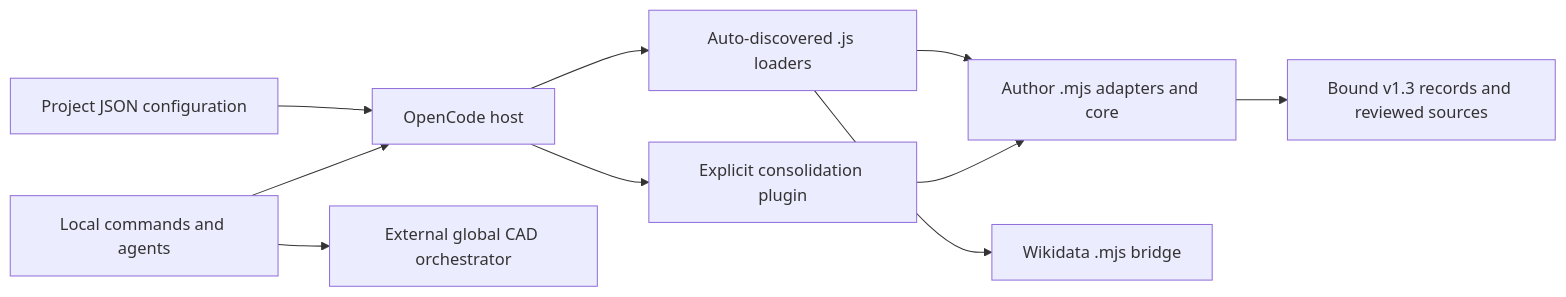
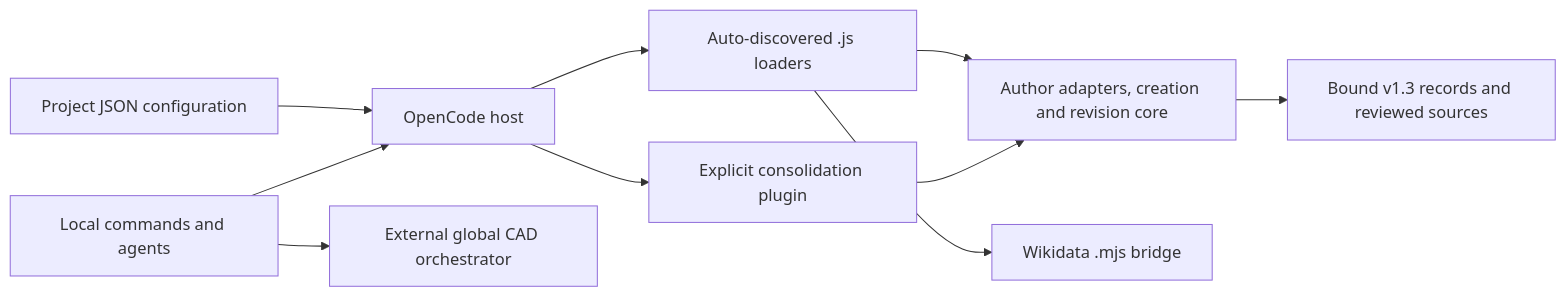
One commit to theclue/gabrielebaldassarre.com changed the diagram in wiki/modules/opencode-integration.md. Above: the diagram before and after it, drawn with Mermaid. The commit also changed other lines of this file and 30 other files, not shown here.

````diff
--- a/wiki/modules/opencode-integration.md
+++ b/wiki/modules/opencode-integration.md
@@ -79,12 +100,12 @@
 ```mermaid
 graph LR
     Config["Project JSON configuration"] --> Host["OpenCode host"]
     Commands["Local commands and agents"] --> Host
     Host --> Auto["Auto-discovered .js loaders"]
     Host --> Explicit["Explicit consolidation plugin"]
-    Auto --> Author["Author .mjs adapters and core"]
+    Auto --> Author["Author adapters, creation and revision core"]
     Auto --> Oracle["Wikidata .mjs bridge"]
     Explicit --> Author
     Author --> Sources["Bound v1.3 records and reviewed sources"]
     Commands --> Global["External global CAD orchestrator"]
 ```
````
